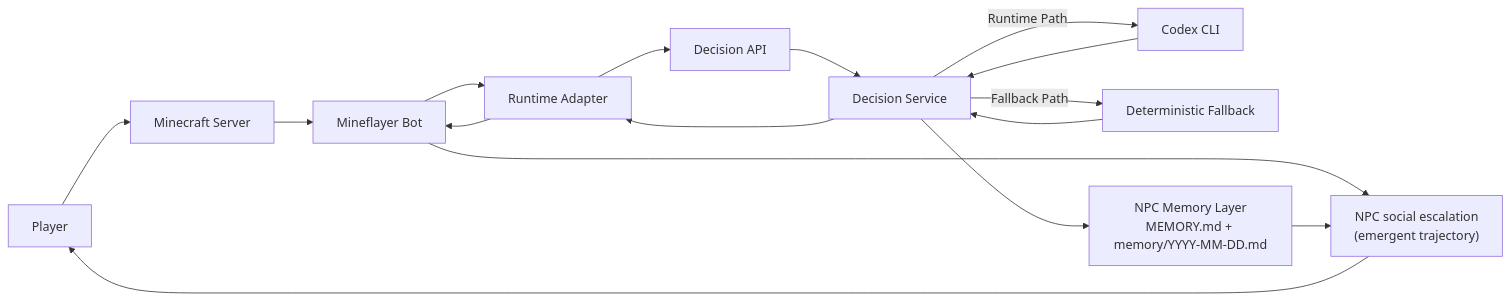
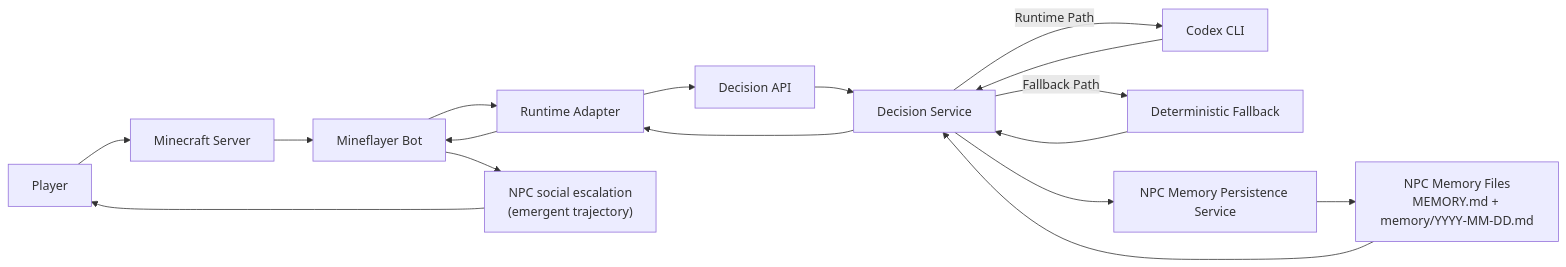
Before and after one commit to gigio1023/dream-of-one: the first of 3 diagrams in README.md, drawn with Mermaid. The commit also changed other lines of this file and 18 other files, not shown here.

````diff
--- a/README.md
+++ b/README.md
@@ -31,18 +43,19 @@
 ```mermaid
 flowchart LR
   Player["Player"] --> McServer["Minecraft Server"]
   McServer --> Bot["Mineflayer Bot"]
   Bot --> Adapter["Runtime Adapter"]
   Adapter --> API["Decision API"]
   API --> Service["Decision Service"]
   Service -->|Runtime Path| Codex["Codex CLI"]
   Service -->|Fallback Path| Fallback["Deterministic Fallback"]
   Codex --> Service
   Fallback --> Service
-  Service --> Memory["NPC Memory Layer\nMEMORY.md + memory/YYYY-MM-DD.md"]
+  Service --> MemoryWriter["NPC Memory Persistence Service"]
+  MemoryWriter --> MemoryFiles["NPC Memory Files\nMEMORY.md + memory/YYYY-MM-DD.md"]
+  MemoryFiles --> Service
   Service --> Adapter
   Adapter --> Bot
   Bot --> Social["NPC social escalation\n(emergent trajectory)"]
-  Memory --> Social
   Social --> Player
 ```
````
